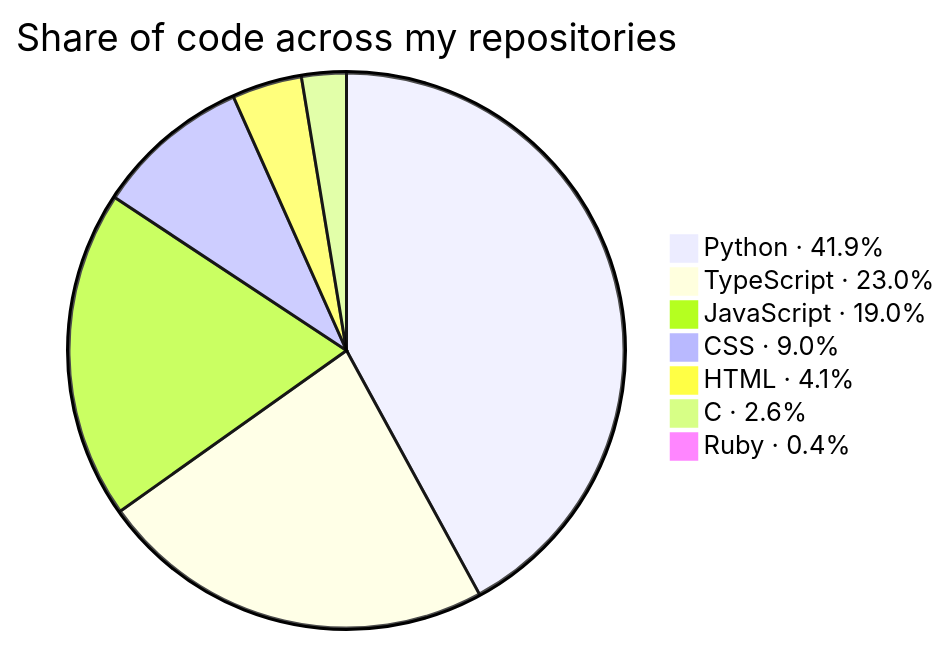
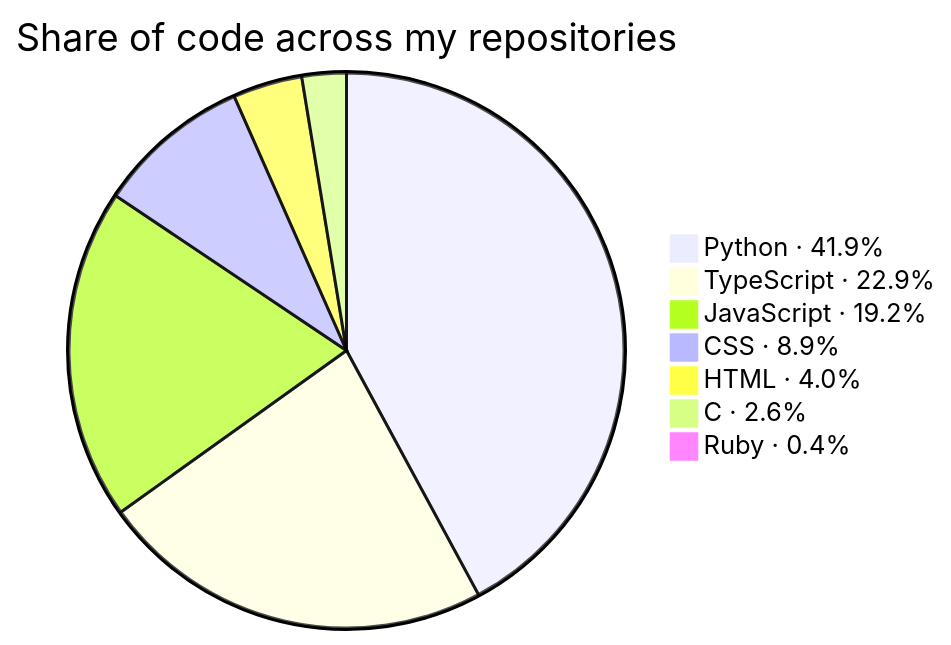
Before and after one commit to KathFK1234/KathFK1234: the second of 3 diagrams in README.md, drawn with Mermaid. The commit also changed other lines of this file and 4 other files, not shown here.

````diff
--- a/README.md
+++ b/README.md
@@ -109,11 +109,11 @@
 ```mermaid
 %%{init: {"themeVariables": {"pieSectionTextSize": "0px"}}}%%
 pie title Share of code across my repositories
-    "Python · 41.9%" : 1013.5
-    "TypeScript · 23.0%" : 557.1
-    "JavaScript · 19.0%" : 460.8
-    "CSS · 9.0%" : 217.8
-    "HTML · 4.1%" : 98.1
+    "Python · 41.9%" : 1022.4
+    "TypeScript · 22.9%" : 558.3
+    "JavaScript · 19.2%" : 468.5
+    "CSS · 8.9%" : 217.8
+    "HTML · 4.0%" : 98.1
     "C · 2.6%" : 62.7
     "Ruby · 0.4%" : 10.1
 ```
````
